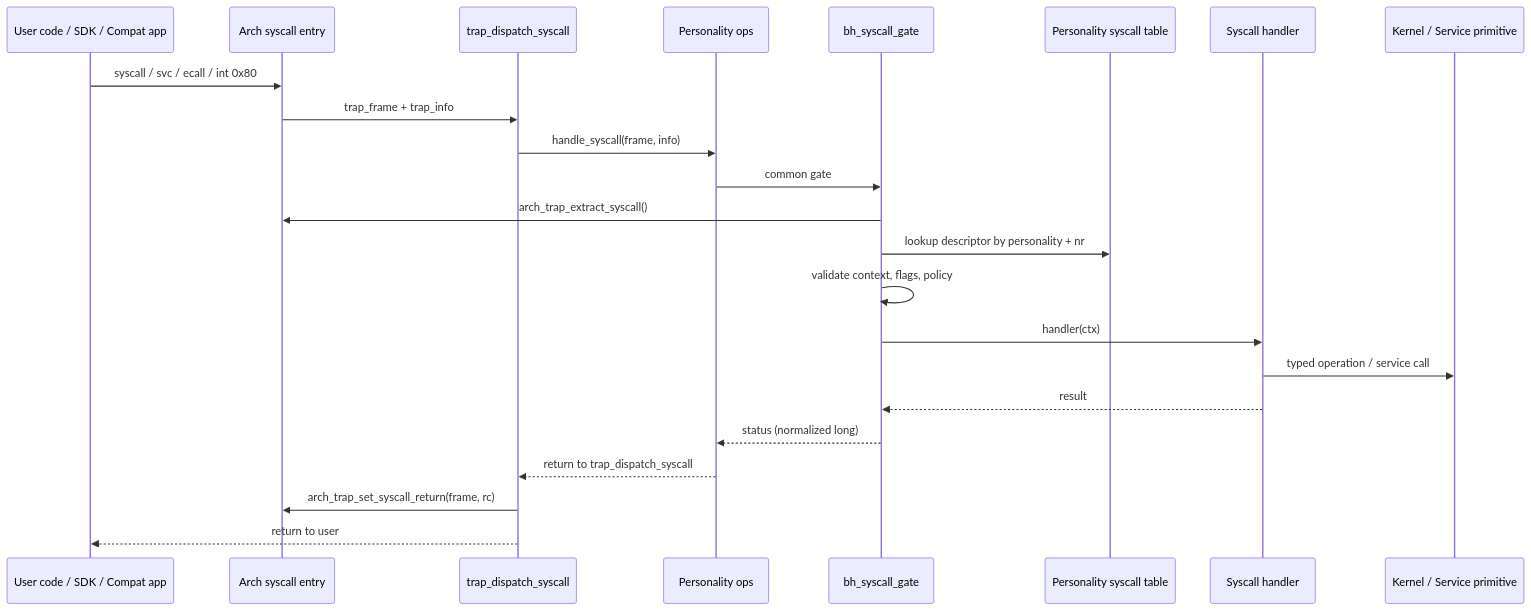
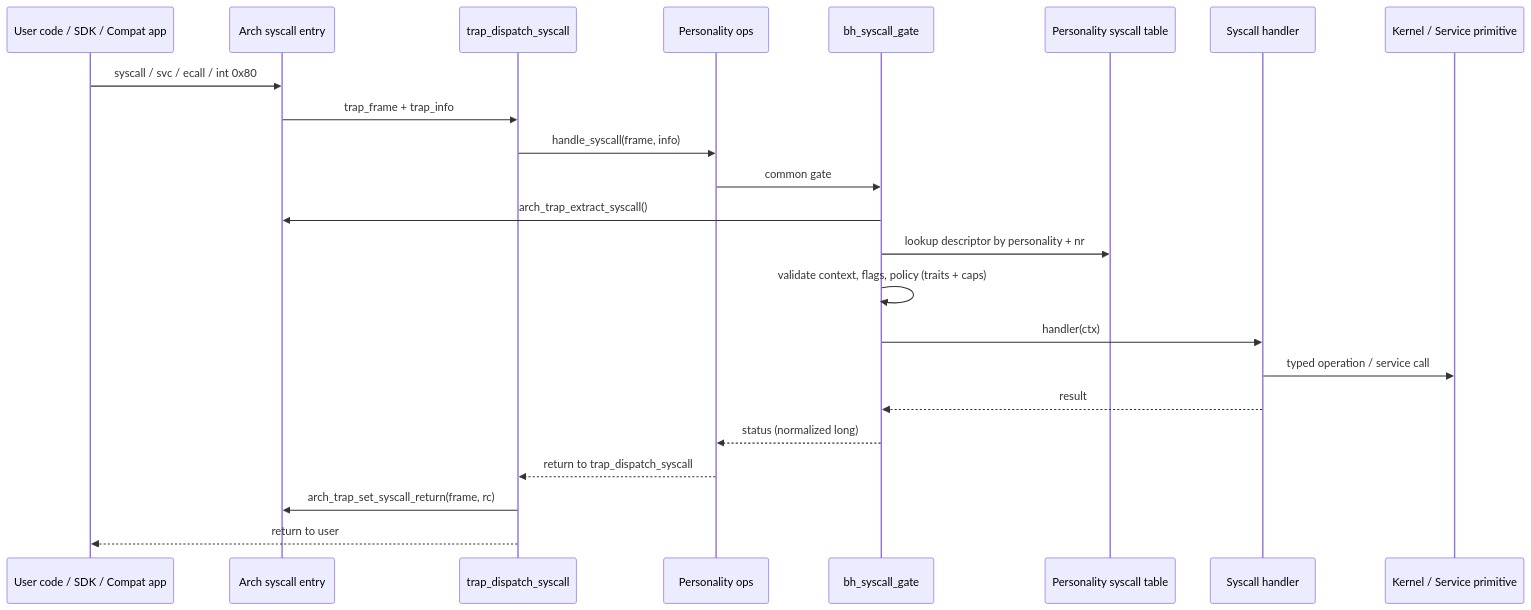
One commit to CloudCarpentry/Bharat-OS changed the first of 2 diagrams in docs/architecture/syscall/syscall-abi-boundary.md. Above: the diagram before and after it, drawn with Mermaid. The commit also changed other lines of this file and 23 other files, not shown here.

First line of the commit message:
Harden syscall boundary with real policy, traits, and typed caps

````diff
--- a/docs/architecture/syscall/syscall-abi-boundary.md
+++ b/docs/architecture/syscall/syscall-abi-boundary.md
@@ -23,26 +23,26 @@
 ```mermaid
 sequenceDiagram
     participant U as User code / SDK / Compat app
     participant A as Arch syscall entry
     participant T as trap_dispatch_syscall
     participant P as Personality ops
     participant G as bh_syscall_gate
     participant D as Personality syscall table
     participant H as Syscall handler
     participant K as Kernel / Service primitive
 
     U->>A: syscall / svc / ecall / int 0x80
     A->>T: trap_frame + trap_info
     T->>P: handle_syscall(frame, info)
     P->>G: common gate
     G->>A: arch_trap_extract_syscall()
     G->>D: lookup descriptor by personality + nr
-    G->>G: validate context, flags, policy
+    G->>G: validate context, flags, policy (traits + caps)
     G->>H: handler(ctx)
     H->>K: typed operation / service call
     H-->>G: result
     G-->>P: status (normalized long)
     P-->>T: return to trap_dispatch_syscall
     T->>A: arch_trap_set_syscall_return(frame, rc)
     T-->>U: return to user
 ```
````
